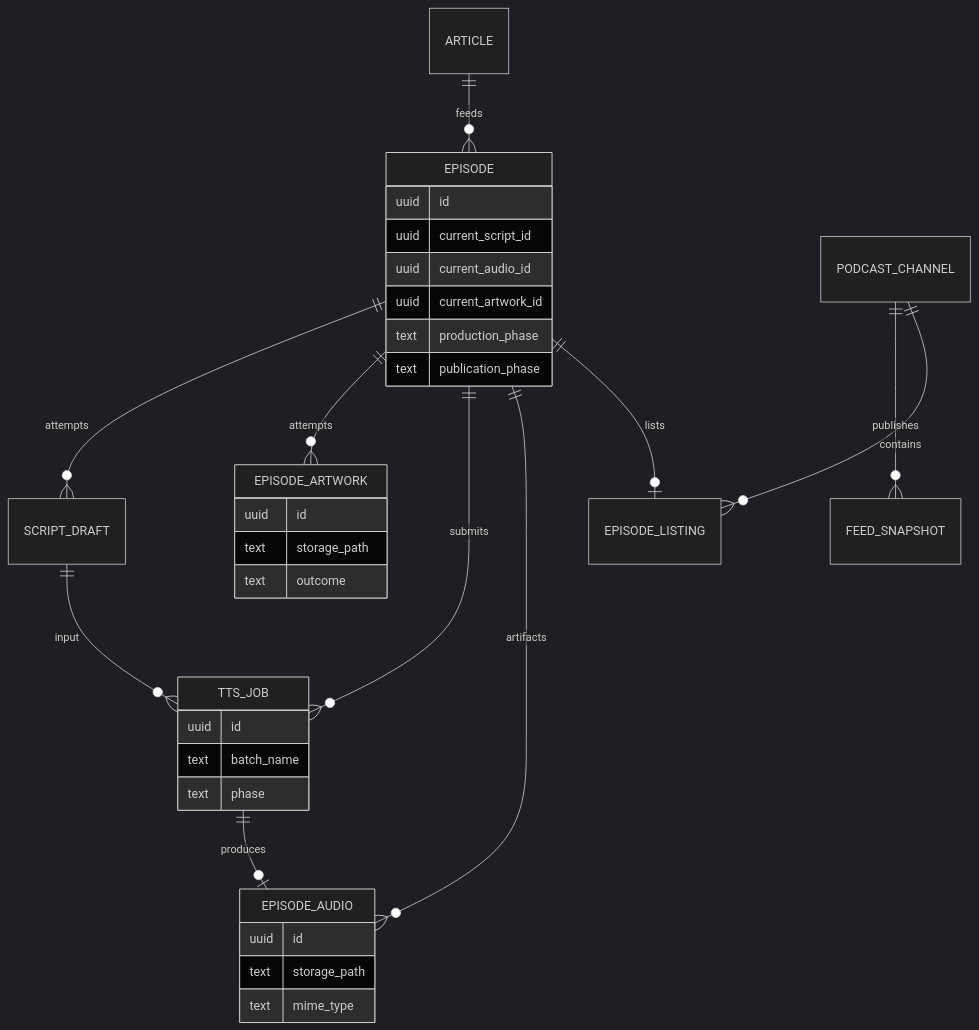
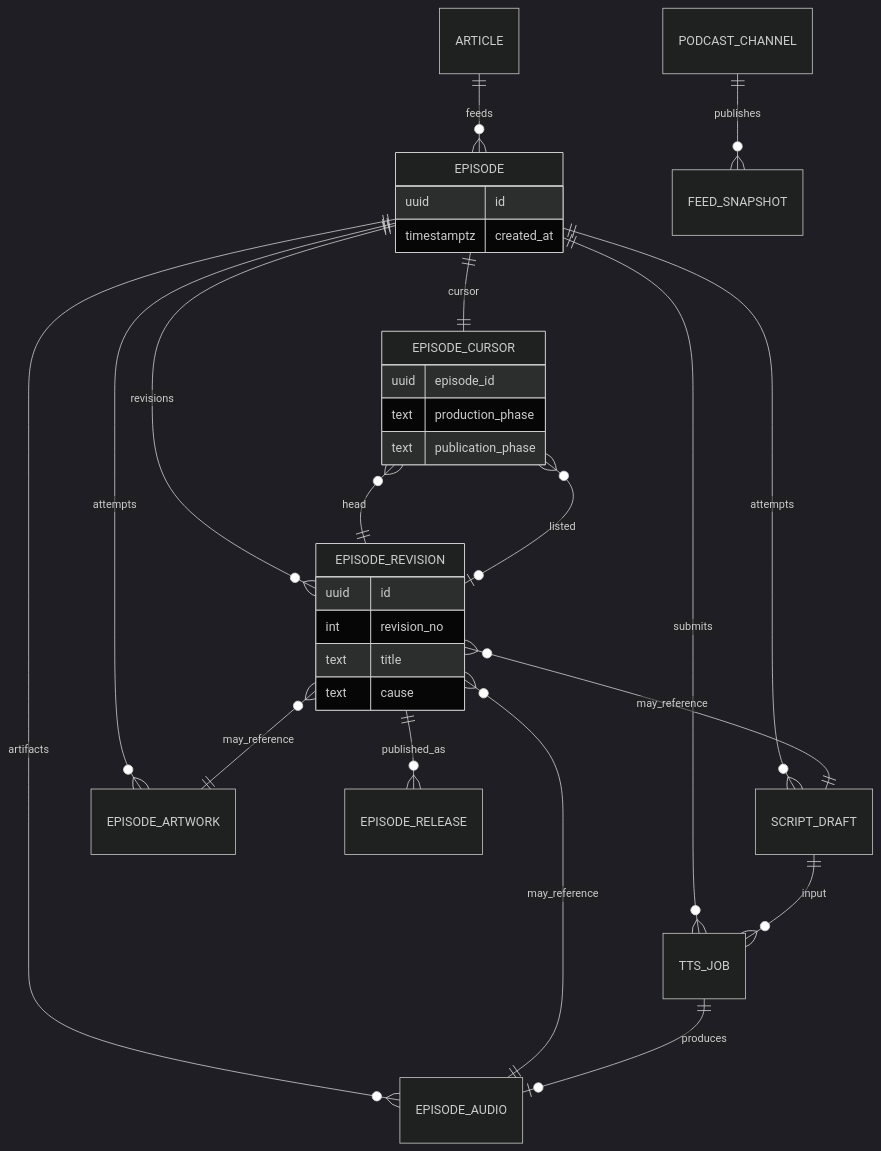
Before and after one commit to hskksk/podcaster: the diagram in docs/architecture/podcast-craft-target-model.md, drawn with Mermaid (dark theme). The commit also changed other lines of this file and 1 other file, not shown here.

Commit message:
docs(architecture): model immutable episode as identity plus revisions

````diff
--- a/docs/architecture/podcast-craft-target-model.md
+++ b/docs/architecture/podcast-craft-target-model.md
@@ -131,40 +221,37 @@
 ```mermaid
 erDiagram
   ARTICLE ||--o{ EPISODE : feeds
+  EPISODE ||--|| EPISODE_CURSOR : cursor
+  EPISODE ||--o{ EPISODE_REVISION : revisions
   EPISODE ||--o{ SCRIPT_DRAFT : attempts
   EPISODE ||--o{ EPISODE_ARTWORK : attempts
   EPISODE ||--o{ TTS_JOB : submits
   EPISODE ||--o{ EPISODE_AUDIO : artifacts
+  EPISODE_REVISION }o--|| SCRIPT_DRAFT : may_reference
+  EPISODE_REVISION }o--|| EPISODE_AUDIO : may_reference
+  EPISODE_REVISION }o--|| EPISODE_ARTWORK : may_reference
+  EPISODE_CURSOR }o--|| EPISODE_REVISION : head
+  EPISODE_CURSOR }o--o| EPISODE_REVISION : listed
   SCRIPT_DRAFT ||--o{ TTS_JOB : input
   TTS_JOB ||--o| EPISODE_AUDIO : produces
-  EPISODE ||--o| EPISODE_LISTING : lists
+  EPISODE_REVISION ||--o{ EPISODE_RELEASE : published_as
   PODCAST_CHANNEL ||--o{ FEED_SNAPSHOT : publishes
-  PODCAST_CHANNEL ||--o{ EPISODE_LISTING : contains
 
   EPISODE {
     uuid id
-    uuid current_script_id
-    uuid current_audio_id
-    uuid current_artwork_id
+    timestamptz created_at
+  }
+
+  EPISODE_REVISION {
+    uuid id
+    int revision_no
+    text title
+    text cause
+  }
+
+  EPISODE_CURSOR {
+    uuid episode_id
     text production_phase
     text publication_phase
   }
-
-  EPISODE_ARTWORK {
-    uuid id
-    text storage_path
-    text outcome
-  }
-
-  TTS_JOB {
-    uuid id
-    text batch_name
-    text phase
-  }
-
-  EPISODE_AUDIO {
-    uuid id
-    text storage_path
-    text mime_type
-  }
 ```
````
